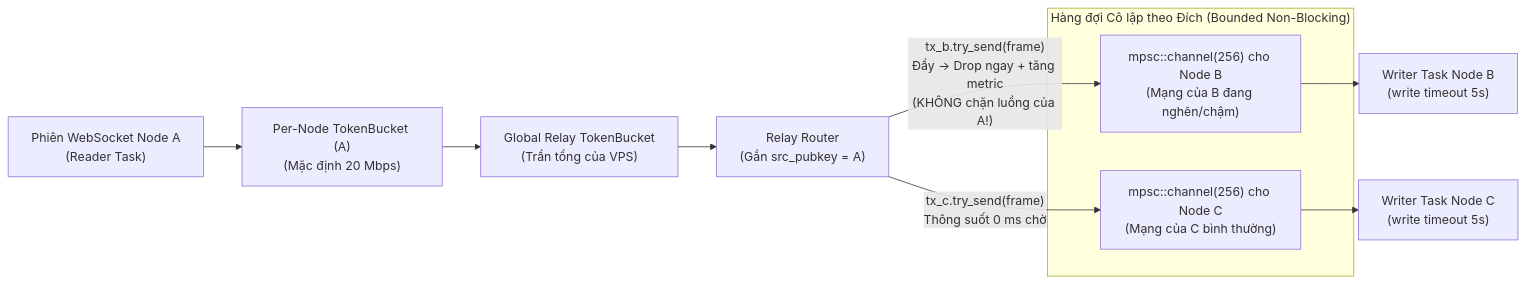
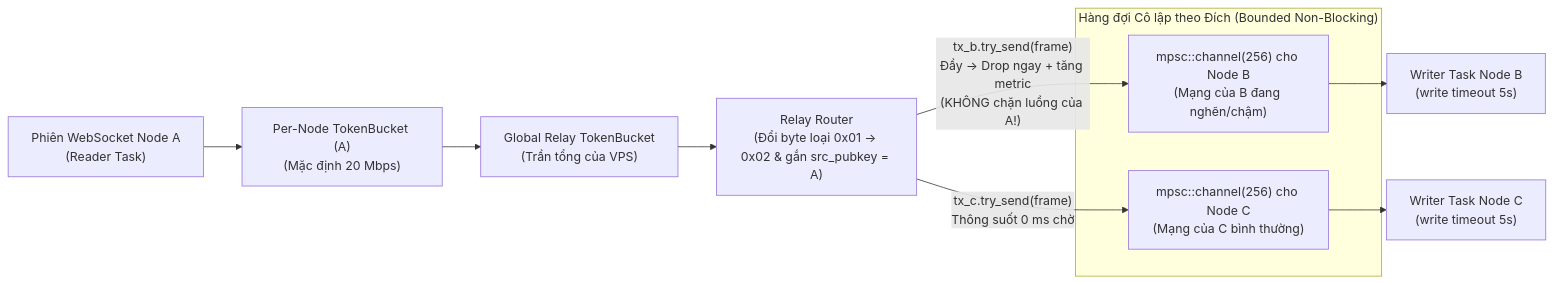
Before and after one commit to nguyenvando420-spec/mesh-vpn: the tenth of 11 diagrams in docs/03-system-design/system-architecture.md, drawn with Mermaid. The commit also changed other lines of this file and 14 other files, not shown here.

````diff
--- a/docs/03-system-design/system-architecture.md
+++ b/docs/03-system-design/system-architecture.md
@@ -744,21 +754,21 @@
 ```mermaid
 flowchart LR
     SenderA["Phiên WebSocket Node A<br/>(Reader Task)"]
     LimiterA["Per-Node TokenBucket (A)<br/>(Mặc định 20 Mbps)"]
     GlobalLimiter["Global Relay TokenBucket<br/>(Trần tổng của VPS)"]
-    Router["Relay Router<br/>(Gắn src_pubkey = A)"]
+    Router["Relay Router<br/>(Đổi byte loại 0x01 -> 0x02 & gắn src_pubkey = A)"]
 
     subgraph DestQueues["Hàng đợi Cô lập theo Đích (Bounded Non-Blocking)"]
         QueueB["mpsc::channel(256) cho Node B<br/>(Mạng của B đang nghẽn/chậm)"]
         QueueC["mpsc::channel(256) cho Node C<br/>(Mạng của C bình thường)"]
     end
 
     WriterB["Writer Task Node B<br/>(write timeout 5s)"]
     WriterC["Writer Task Node C<br/>(write timeout 5s)"]
 
     SenderA --> LimiterA --> GlobalLimiter --> Router
     Router -->|"tx_b.try_send(frame)<br/>Đầy -> Drop ngay + tăng metric<br/>(KHÔNG chặn luồng của A!)"| QueueB
     Router -->|"tx_c.try_send(frame)<br/>Thông suốt 0 ms chờ"| QueueC
     QueueB --> WriterB
     QueueC --> WriterC
 ```
````
